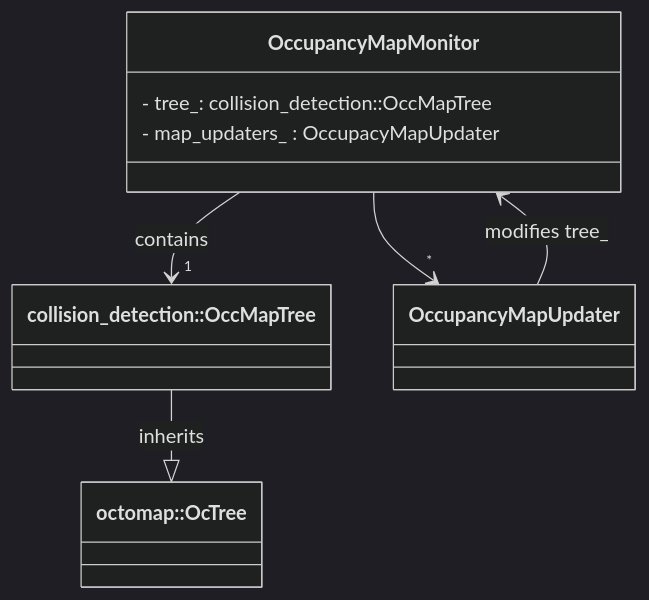
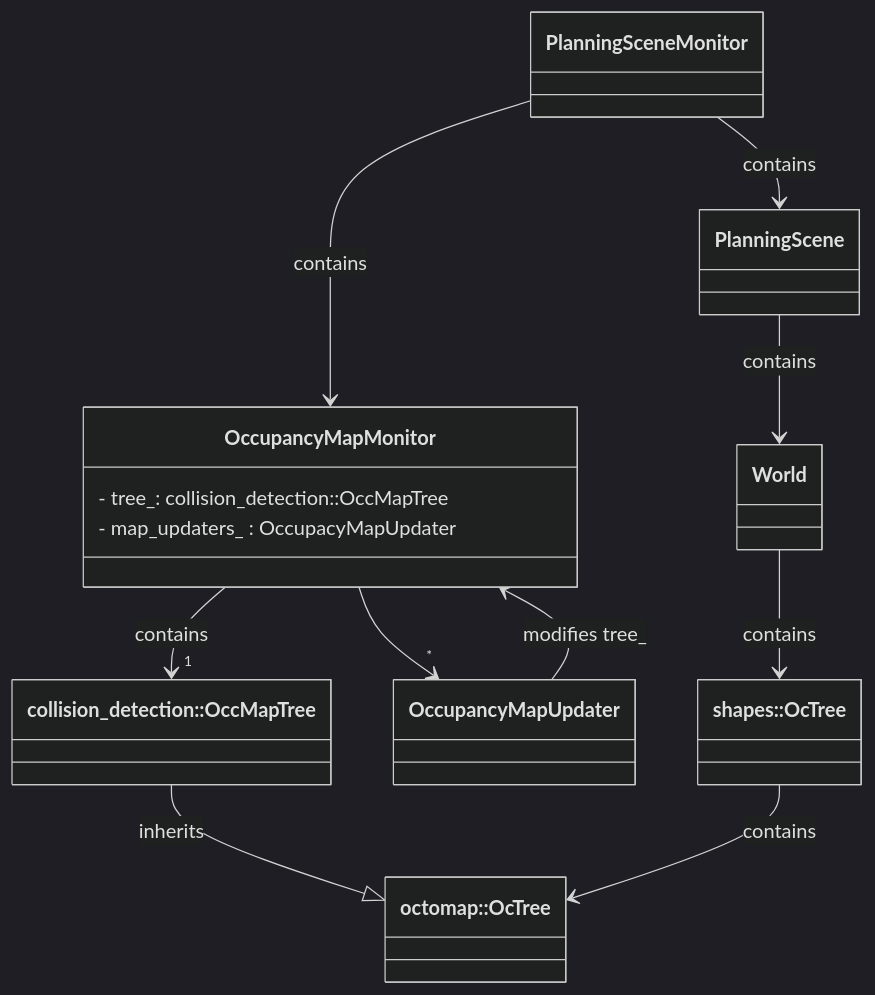
One commit to rafaelrojasmiliani/moveit_tutorial changed the second of 2 diagrams in 02_planning_scene/src/d_octomap_monitor/readme.md. Above: the diagram before and after it, drawn with Mermaid (dark theme). The commit also changed 2 other files, not shown here.

````diff
--- a/02_planning_scene/src/d_octomap_monitor/readme.md
+++ b/02_planning_scene/src/d_octomap_monitor/readme.md
@@ -59,15 +59,22 @@
 ```mermaid
 classDiagram
     class OccupancyMapMonitor {
         - tree_: collision_detection::OccMapTree
         - map_updaters_ : OccupacyMapUpdater
     }
     class `collision_detection::OccMapTree`
     class `octomap::OcTree`
     class OccupancyMapUpdater
+    class PlanningSceneMonitor
+    class PlanningScene
 
     OccupancyMapMonitor --> "1" `collision_detection::OccMapTree`: contains
     OccupancyMapMonitor --> "*" OccupancyMapUpdater
     OccupancyMapUpdater --> OccupancyMapMonitor : modifies tree_
+    PlanningSceneMonitor --> OccupancyMapMonitor : contains
 	`collision_detection::OccMapTree` --|> `octomap::OcTree` : inherits
+    PlanningSceneMonitor --> PlanningScene : contains
+    PlanningScene --> World : contains
+    World --> `shapes::OcTree`: contains
+    `shapes::OcTree` --> `octomap::OcTree`: contains
 ```
````
